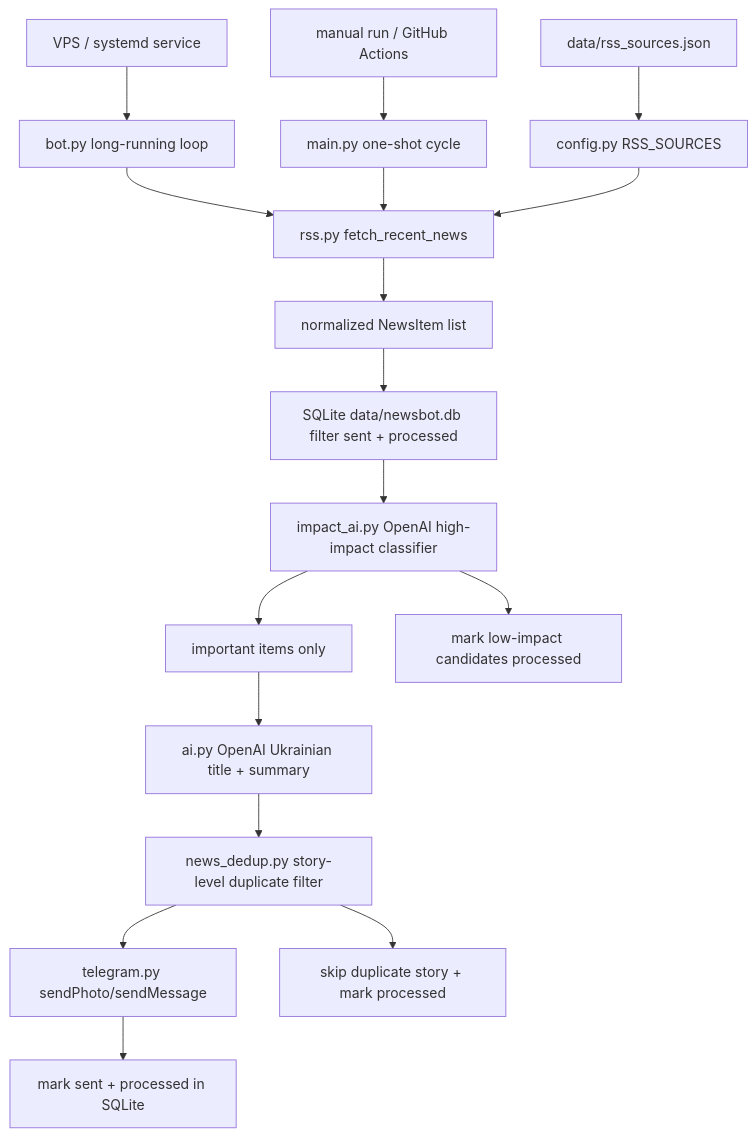
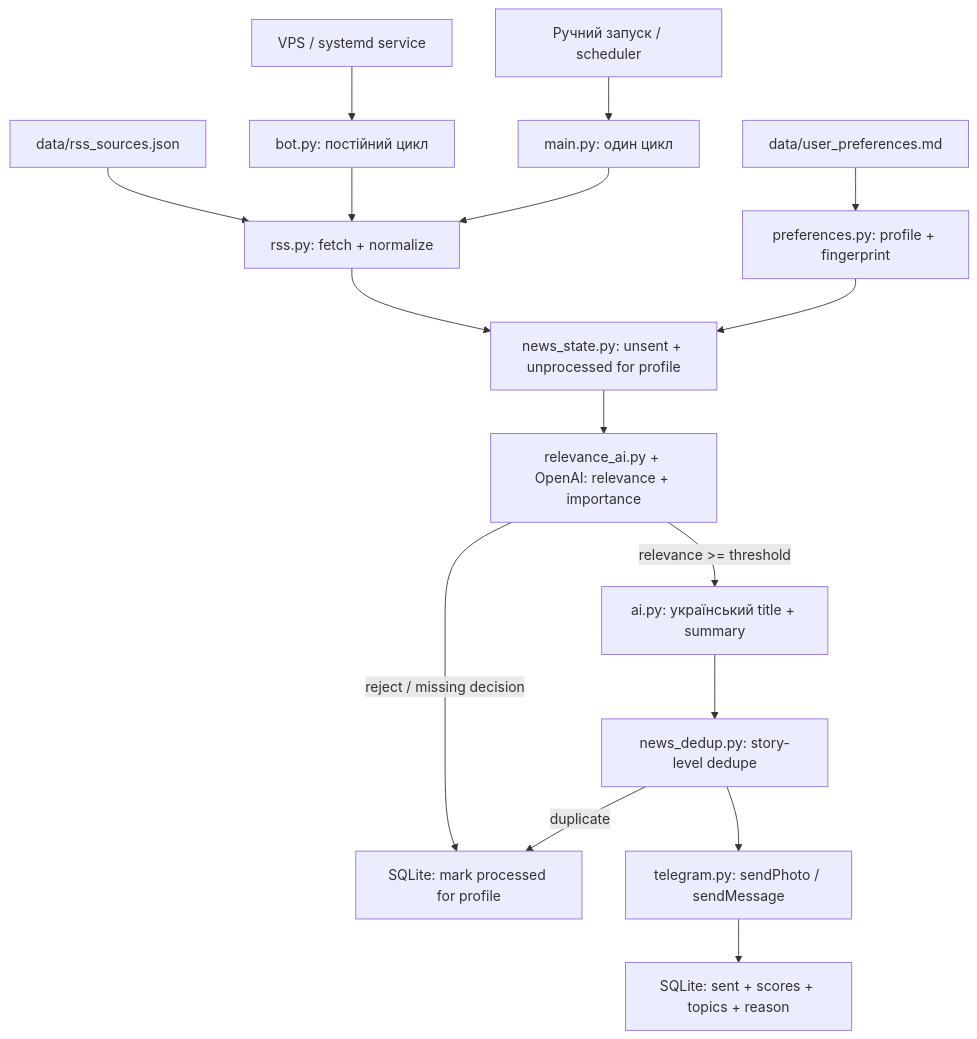
Before and after one commit to Charged7/AI-News: the diagram in README.md, drawn with Mermaid. The commit also changed other lines of this file and 15 other files, not shown here.

Commit message:
Add personalized news relevance filtering (#1)

````diff
--- a/README.md
+++ b/README.md
@@ -9,19 +12,18 @@
 ```mermaid
 flowchart TD
-    VPS["VPS / systemd service"] --> Bot["bot.py long-running loop"]
-    Manual["manual run / GitHub Actions"] --> Main["main.py one-shot cycle"]
-    Bot --> RSS["rss.py fetch_recent_news"]
+    Service["VPS / systemd service"] --> Bot["bot.py: постійний цикл"]
+    Manual["Ручний запуск / scheduler"] --> Main["main.py: один цикл"]
+    Profile["data/user_preferences.md"] --> Loader["preferences.py: profile + fingerprint"]
+    Sources["data/rss_sources.json"] --> RSS["rss.py: fetch + normalize"]
+    Bot --> RSS
     Main --> RSS
-    Sources["data/rss_sources.json"] --> Config["config.py RSS_SOURCES"]
-    Config --> RSS
-    RSS --> Items["normalized NewsItem list"]
-    Items --> State1["SQLite data/newsbot.db filter sent + processed"]
-    State1 --> Impact["impact_ai.py OpenAI high-impact classifier"]
-    Impact --> Important["important items only"]
-    Important --> Summary["ai.py OpenAI Ukrainian title + summary"]
-    Summary --> StoryDedupe["news_dedup.py story-level duplicate filter"]
-    StoryDedupe --> Telegram["telegram.py sendPhoto/sendMessage"]
-    StoryDedupe --> Duplicate["skip duplicate story + mark processed"]
-    Telegram --> State2["mark sent + processed in SQLite"]
-    Impact --> Rejected["mark low-impact candidates processed"]
+    RSS --> StateFilter["news_state.py: unsent + unprocessed for profile"]
+    Loader --> StateFilter
+    StateFilter --> Relevance["relevance_ai.py + OpenAI: relevance + importance"]
+    Relevance -->|"relevance >= threshold"| Summary["ai.py: український title + summary"]
+    Relevance -->|"reject / missing decision"| Processed["SQLite: mark processed for profile"]
+    Summary --> Dedupe["news_dedup.py: story-level dedupe"]
+    Dedupe --> Telegram["telegram.py: sendPhoto / sendMessage"]
+    Telegram --> Sent["SQLite: sent + scores + topics + reason"]
+    Dedupe -->|"duplicate"| Processed
 ```
````
